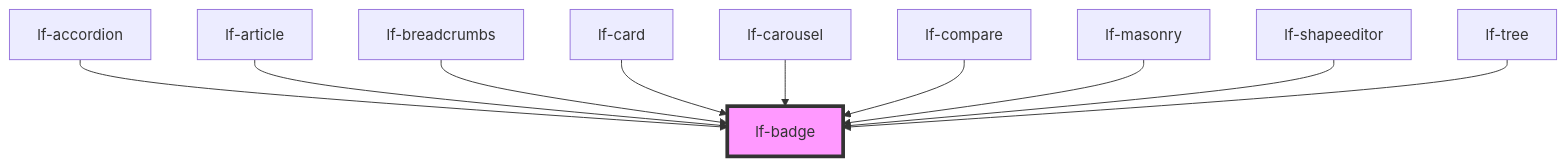
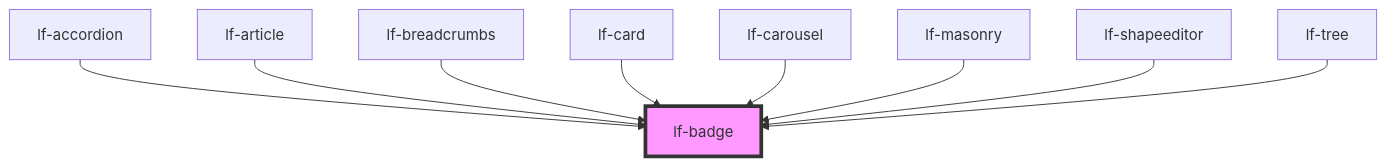
One commit to lucafoscili/lf-widgets changed the diagram in packages/core/src/components/lf-badge/readme.md. Above: the diagram before and after it, drawn with Mermaid. The commit also changed other lines of this file and 191 other files, not shown here.

First line of the commit message:
chore: Refactor to functional component architecture for UI

````diff
--- a/packages/core/src/components/lf-badge/readme.md
+++ b/packages/core/src/components/lf-badge/readme.md
@@ -117,13 +116,12 @@
 ```mermaid
 graph TD;
   lf-accordion --> lf-badge
   lf-article --> lf-badge
   lf-breadcrumbs --> lf-badge
   lf-card --> lf-badge
   lf-carousel --> lf-badge
-  lf-compare --> lf-badge
   lf-masonry --> lf-badge
   lf-shapeeditor --> lf-badge
   lf-tree --> lf-badge
   style lf-badge fill:#f9f,stroke:#333,stroke-width:4px
 ```
````
